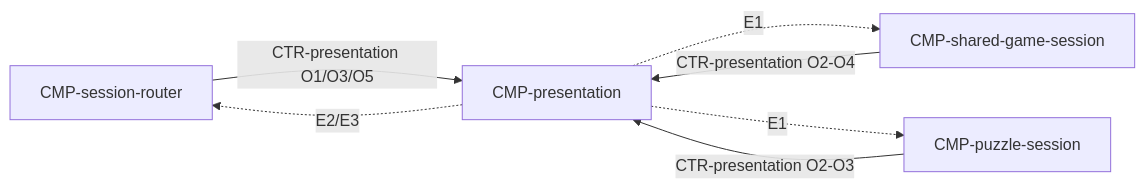
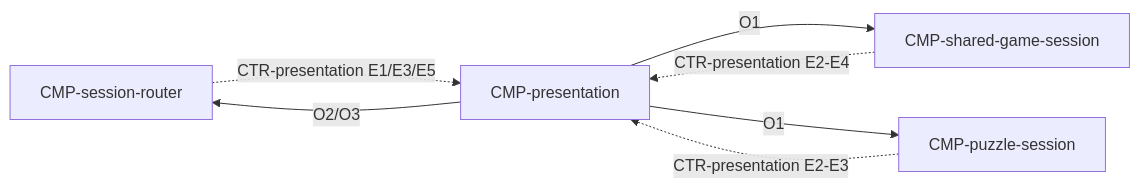
Before and after one commit to waigore/simplechessv2: the diagram in specs/technical/components/presentation.md, drawn with Mermaid. The commit also changed other lines of this file and 11 other files, not shown here.

````diff
--- a/specs/technical/components/presentation.md
+++ b/specs/technical/components/presentation.md
@@ -39,13 +39,13 @@
 ```mermaid
 flowchart LR
   R[CMP-session-router]
   S[CMP-shared-game-session]
   Q[CMP-puzzle-session]
   V[CMP-presentation]
-  R -->|CTR-presentation O1/O3/O5| V
-  S -->|CTR-presentation O2-O4| V
-  Q -->|CTR-presentation O2-O3| V
-  V -.->|E2/E3| R
-  V -.->|E1| S
-  V -.->|E1| Q
+  R -.->|CTR-presentation E1/E3/E5| V
+  S -.->|CTR-presentation E2-E4| V
+  Q -.->|CTR-presentation E2-E3| V
+  V -->|O2/O3| R
+  V -->|O1| S
+  V -->|O1| Q
 ```
````
